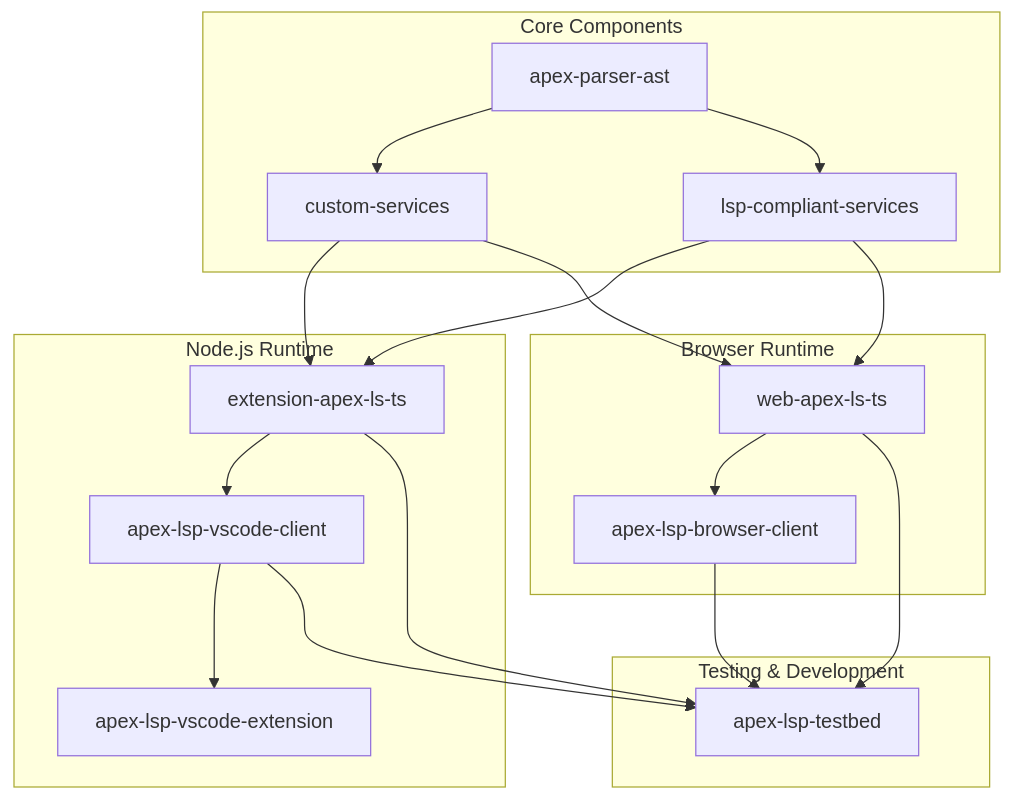
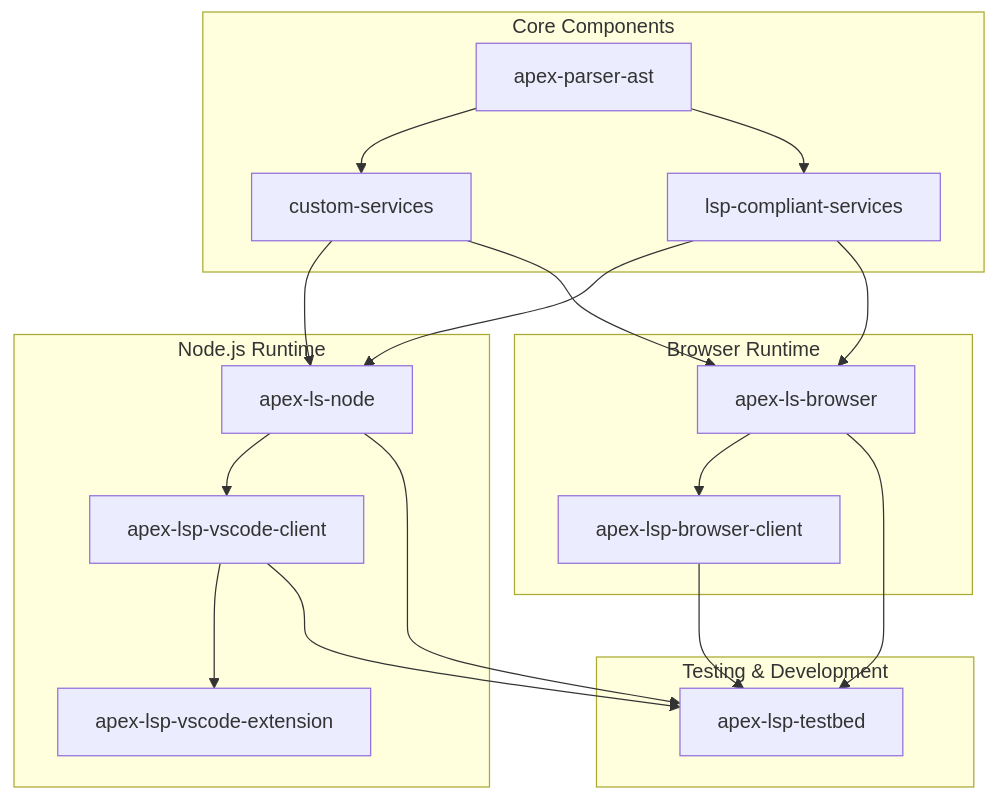
One commit to forcedotcom/apex-language-support changed the diagram in README.md. Above: the diagram before and after it, drawn with Mermaid. The commit also changed other lines of this file and 13 other files, not shown here.

````diff
--- a/README.md
+++ b/README.md
@@ -11,44 +11,44 @@
 ```mermaid
 graph TD
     subgraph "Core Components"
         apex-parser-ast[apex-parser-ast]
         custom-services[custom-services]
         lsp-compliant-services[lsp-compliant-services]
     end
     
     subgraph "Node.js Runtime"
-        extension-apex-ls-ts[extension-apex-ls-ts]
+        apex-ls-node[apex-ls-node]
         apex-lsp-vscode-extension[apex-lsp-vscode-extension]
         apex-lsp-vscode-client[apex-lsp-vscode-client]
     end
     
     subgraph "Browser Runtime"
-        web-apex-ls-ts[web-apex-ls-ts]
+        apex-ls-browser[apex-ls-browser]
         apex-lsp-browser-client[apex-lsp-browser-client]
     end
     
     subgraph "Testing & Development"
         apex-lsp-testbed[apex-lsp-testbed]
     end
     
     %% Core dependencies
     apex-parser-ast --> custom-services
     apex-parser-ast --> lsp-compliant-services
     
     %% Node.js implementation
-    custom-services --> extension-apex-ls-ts
-    lsp-compliant-services --> extension-apex-ls-ts
-    extension-apex-ls-ts --> apex-lsp-vscode-client
+    custom-services --> apex-ls-node
+    lsp-compliant-services --> apex-ls-node
+    apex-ls-node --> apex-lsp-vscode-client
     apex-lsp-vscode-client --> apex-lsp-vscode-extension
     
     %% Browser implementation
-    custom-services --> web-apex-ls-ts
-    lsp-compliant-services --> web-apex-ls-ts
-    web-apex-ls-ts --> apex-lsp-browser-client
+    custom-services --> apex-ls-browser
+    lsp-compliant-services --> apex-ls-browser
+    apex-ls-browser --> apex-lsp-browser-client
     
     %% Testing dependencies
-    extension-apex-ls-ts --> apex-lsp-testbed
-    web-apex-ls-ts --> apex-lsp-testbed
+    apex-ls-node --> apex-lsp-testbed
+    apex-ls-browser --> apex-lsp-testbed
     apex-lsp-vscode-client --> apex-lsp-testbed
     apex-lsp-browser-client --> apex-lsp-testbed
 ```
````
